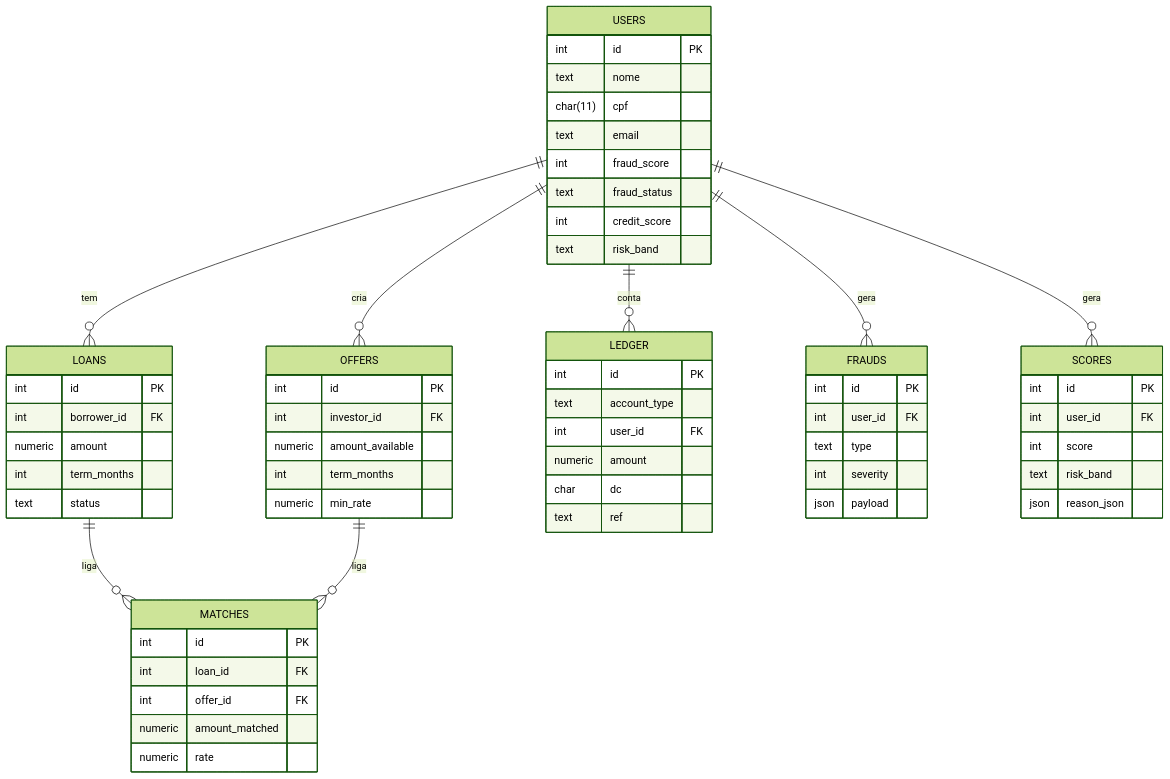
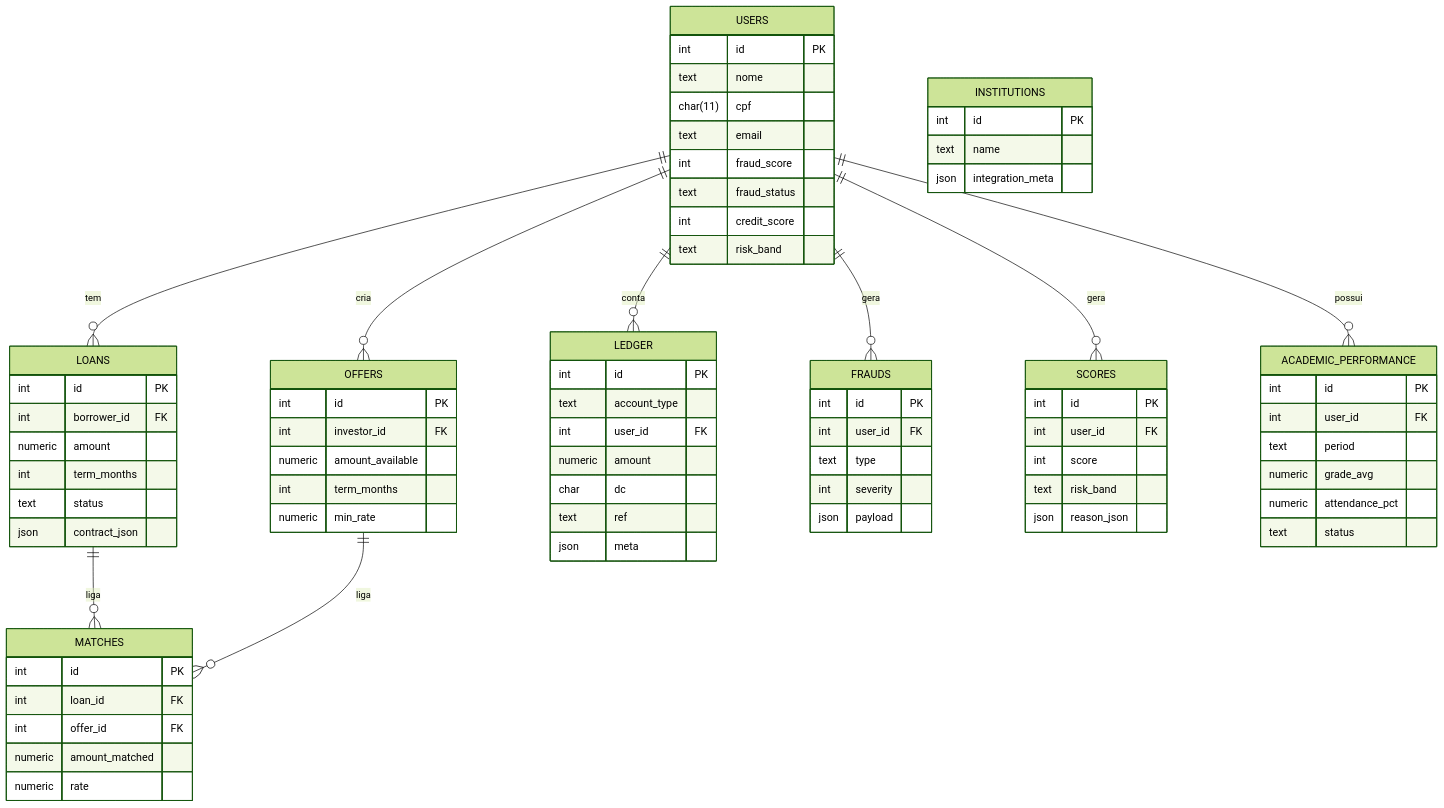
One commit to anabeggiato/inovcamp-qi_tech-g32 changed the diagram in docs/docs/3. Banco de dados/estrutura do banco de dados.md. Above: the diagram before and after it, drawn with Mermaid (forest theme). The commit also changed other lines of this file and 15 other files, not shown here.

````diff
--- a/docs/docs/3. Banco de dados/estrutura do banco de dados.md
+++ b/docs/docs/3. Banco de dados/estrutura do banco de dados.md
@@ -106,6 +126,5 @@
 ```mermaid
 erDiagram
-
     USERS {
         int id PK
         text nome
@@ -123,6 +142,7 @@
         numeric amount
         int term_months
         text status
+        json contract_json
     }
 
     OFFERS {
@@ -148,6 +168,7 @@
         numeric amount
         char dc
         text ref
+        json meta
     }
 
     FRAUDS {
@@ -166,6 +187,21 @@
         json reason_json
     }
 
+    ACADEMIC_PERFORMANCE {
+        int id PK
+        int user_id FK
+        text period
+        numeric grade_avg
+        numeric attendance_pct
+        text status
+    }
+
+    INSTITUTIONS {
+        int id PK
+        text name
+        json integration_meta
+    }
+
     USERS ||--o{ LOANS : "tem"
     USERS ||--o{ OFFERS : "cria"
     LOANS ||--o{ MATCHES : "liga"
@@ -173,4 +209,7 @@
     USERS ||--o{ FRAUDS : "gera"
     USERS ||--o{ SCORES : "gera"
     USERS ||--o{ LEDGER : "conta"
+    USERS ||--o{ ACADEMIC_PERFORMANCE : "possui"
+
+
 ```
````
